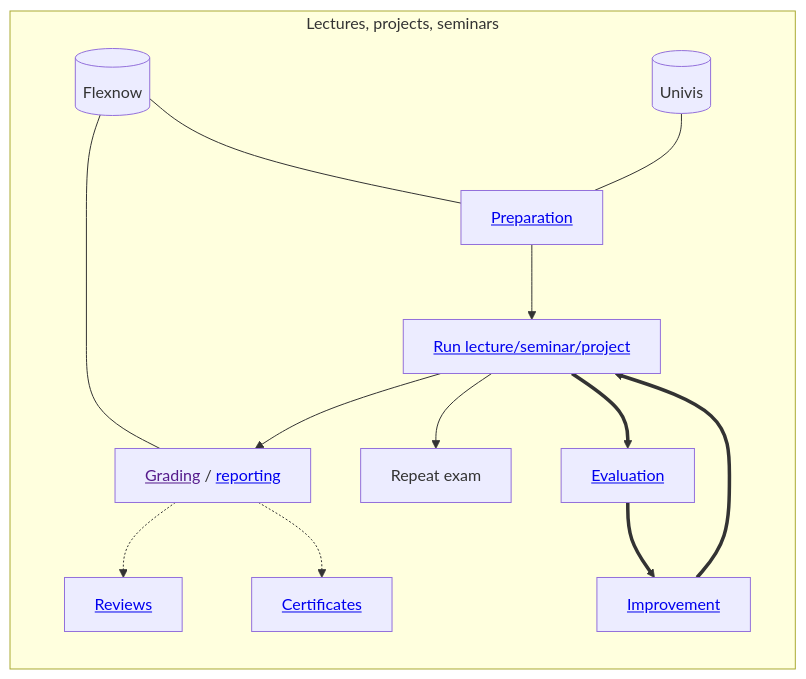
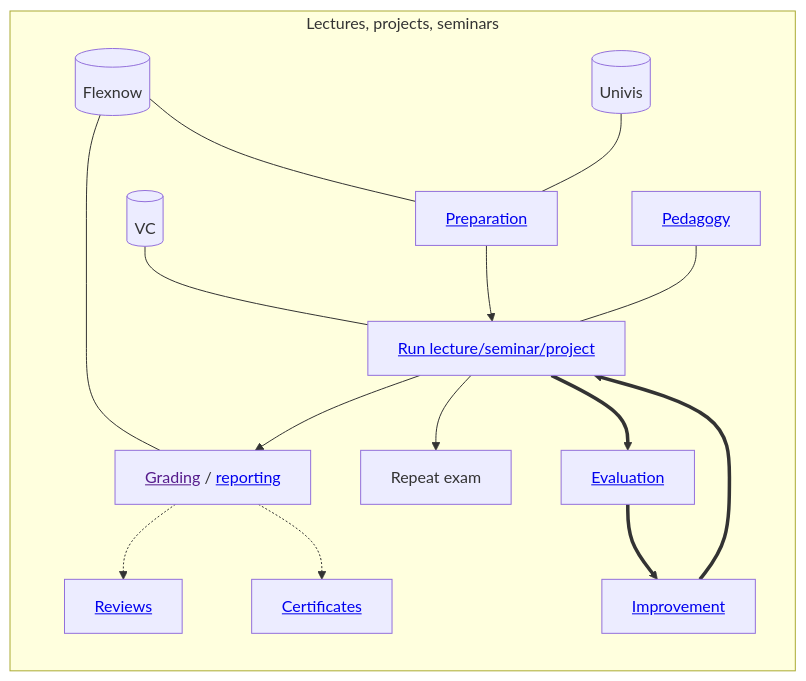
Before and after one commit to digital-work-lab/handbook: the first of 2 diagrams in docs/30-teaching/index.md, drawn with Mermaid.

````diff
--- a/docs/30-teaching/index.md
+++ b/docs/30-teaching/index.md
@@ -13,22 +13,24 @@
 ```mermaid
 flowchart TB
     subgraph main["Lectures, projects, seminars"]
         direction TB
 
         Flexnow[(Flexnow)]
         Flexnow --- Prepare
         Flexnow --- Grade
         Univis[(Univis)]
         Univis --- Prepare
+        VC[(VC)] --- Run
 
         Prepare["<a href='30_processes/30.09.new_modules.html'>Preparation</a>"] --> Run["<a href='30_processes/30.02.courses.html#course-list'>Run lecture/seminar/project</a>"]
         Run --> Grade["<a href=''>Grading</a> / <a href='30_processes/30.20.reports.html'>reporting</a>"]
         Run --> Repeat[Repeat exam]
+        Pedagogy["<a href='30.07.pedagogy.html'>Pedagogy</a>"] --- Run
         Grade -.-> Reviews["<a href='30_processes/30.60.reviews.html'>Reviews</a>"]
         Grade -.-> Certificates["<a href='30_processes/30.51.certificates.html'>Certificates</a>"]
         Run ==> Evaluate["<a href='30_processes/30.21.evaluations.html'>Evaluation</a>"]
         Evaluate ==> Improve["<a href='30_processes/30.22.improvements.html'>Improvement</a>"]
         Improve ==> Run
     end
 
 ```
````
